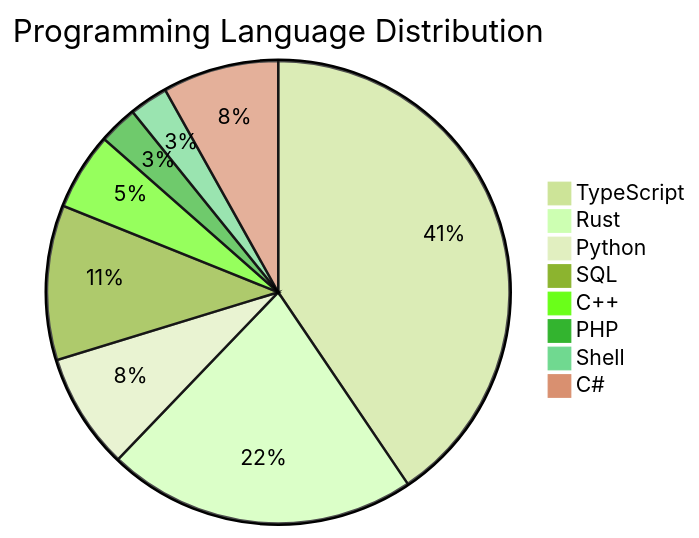
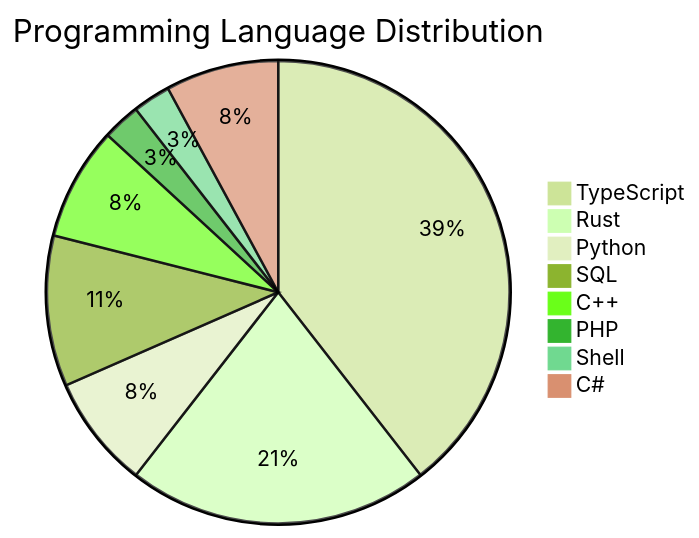
One commit to ernivani/leetcode-solutions changed the second of 2 diagrams in JOURNAL.md. Above: the diagram before and after it, drawn with Mermaid (forest theme). The commit also changed other lines of this file and 2 other files, not shown here.

````diff
--- a/JOURNAL.md
+++ b/JOURNAL.md
@@ -56,11 +57,11 @@
 ```mermaid
 pie title Programming Language Distribution
     "TypeScript" : 15
     "Rust" : 8
     "Python" : 3
     "SQL" : 4
-    "C++" : 2
+    "C++" : 3
     "PHP" : 1
     "Shell" : 1
     "C#" : 3
 ```
````
